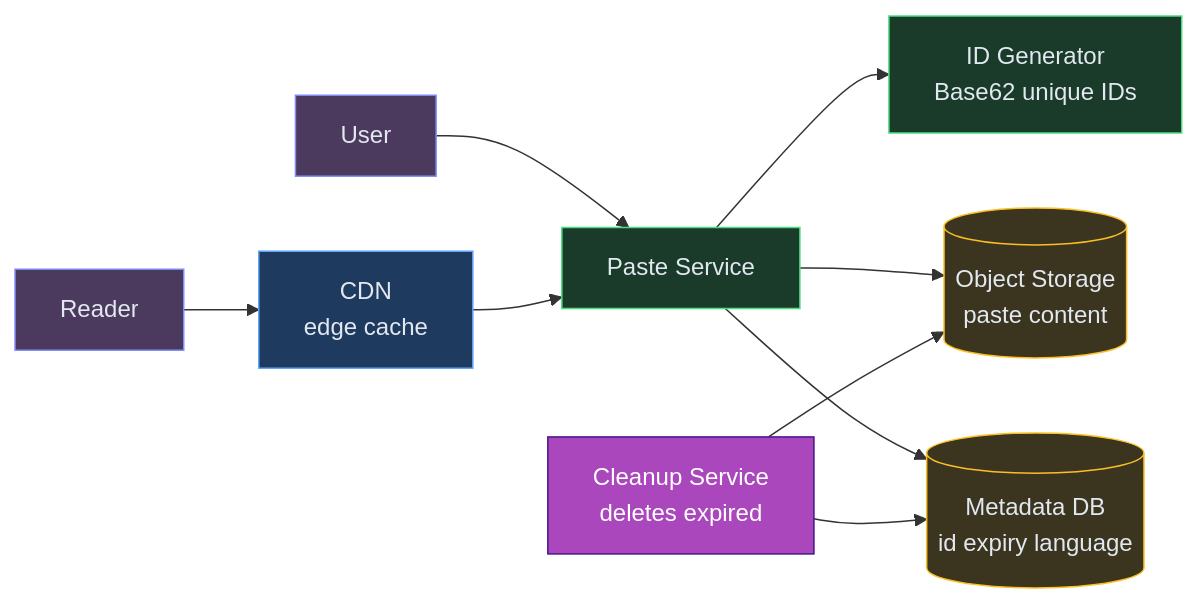
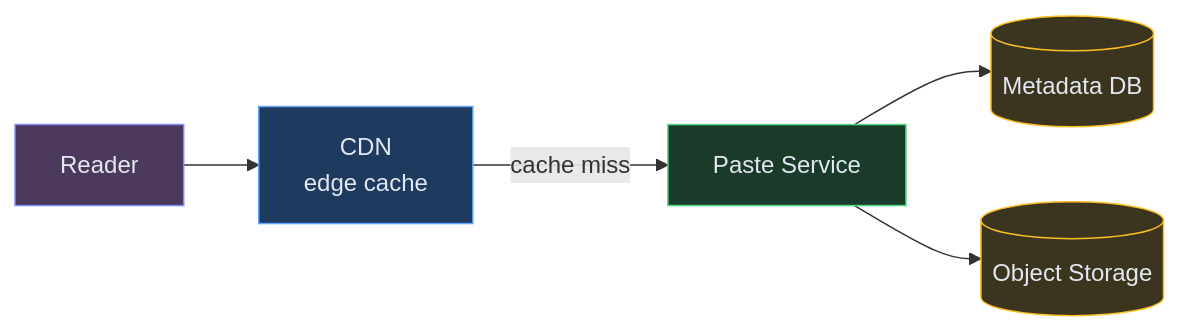
One commit to iluzn/HLD-Designs changed the third of 7 diagrams in content/hld/Pastebin.md. Above: the diagram before and after it, drawn with Mermaid. The commit also changed other lines of this file and 1 other file, not shown here.

````diff
--- a/content/hld/Pastebin.md
+++ b/content/hld/Pastebin.md
@@ -119,26 +196,18 @@
 ```mermaid
 flowchart LR
-    USER["User"]:::client
+    READER["Reader"]:::client
+    CDN["CDN<br/>edge cache"]:::edge
     API["Paste Service"]:::service
-    ID["ID Generator<br/>Base62 unique IDs"]:::service
-    S3[("Object Storage<br/>paste content")]:::data
-    META[("Metadata DB<br/>id expiry language")]:::data
-    CDN["CDN<br/>edge cache"]:::edge
-    CLEANUP["Cleanup Service<br/>deletes expired"]:::async
-    READER["Reader"]:::client
+    META[("Metadata DB")]:::data
+    S3[("Object Storage")]:::data
 
-    USER --> API
-    API --> ID
+    READER --> CDN
+    CDN -->|"cache miss"| API
+    API --> META
     API --> S3
-    API --> META
-    READER --> CDN
-    CDN --> API
-    CLEANUP --> META
-    CLEANUP --> S3
 
     classDef client fill:#4c3a5e,stroke:#818cf8,color:#e2e8f0
     classDef edge fill:#1e3a5f,stroke:#60a5fa,color:#e2e8f0
     classDef service fill:#1a3a2a,stroke:#4ade80,color:#e2e8f0
-    classDef async fill:#AB47BC,stroke:#4A148C,color:#fff
     classDef data fill:#3b3520,stroke:#fbbf24,color:#e2e8f0
 ```
````
